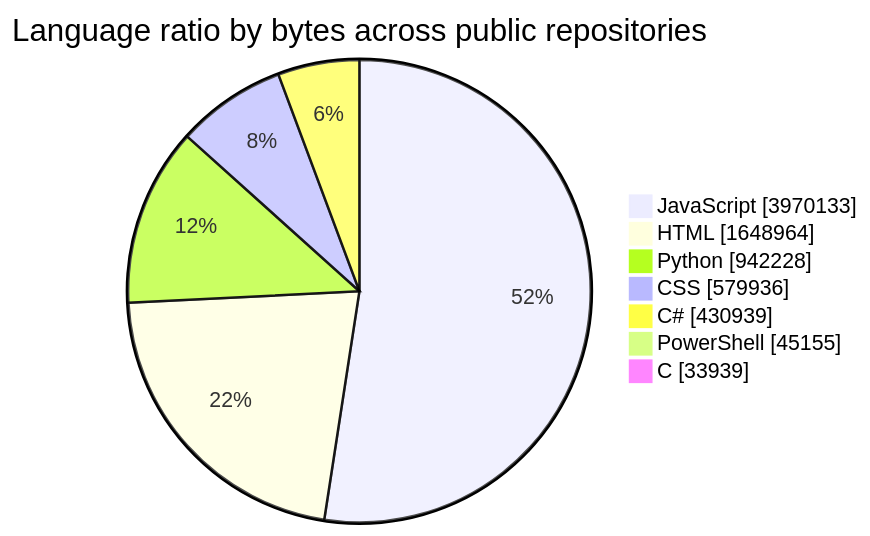
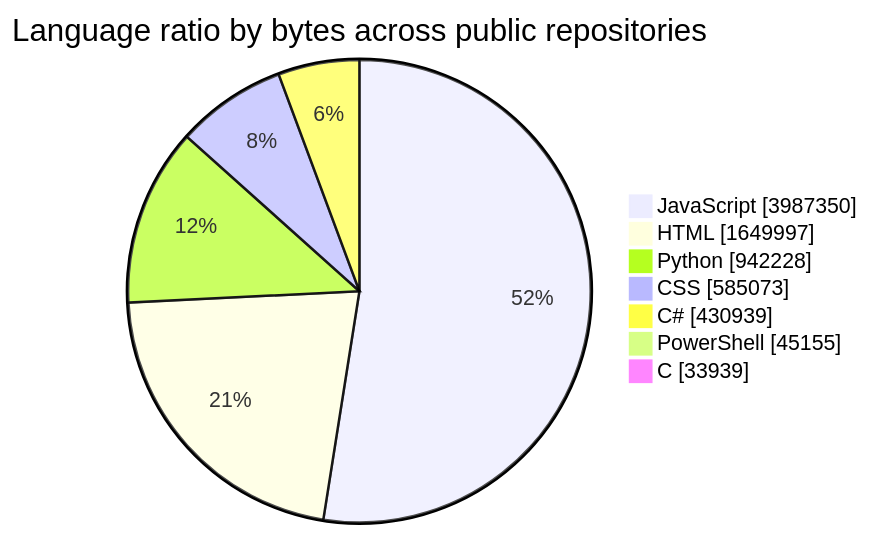
Before and after one commit to tchinso/tchinso: the first of 2 diagrams in README.md, drawn with Mermaid. The commit also changed other lines of this file, not shown here.

````diff
--- a/README.md
+++ b/README.md
@@ -24,11 +24,11 @@
 ```mermaid
 pie showData
     title Language ratio by bytes across public repositories
-    "JavaScript" : 3970133
-    "HTML" : 1648964
+    "JavaScript" : 3987350
+    "HTML" : 1649997
     "Python" : 942228
-    "CSS" : 579936
+    "CSS" : 585073
     "C#" : 430939
     "PowerShell" : 45155
     "C" : 33939
 ```
````
